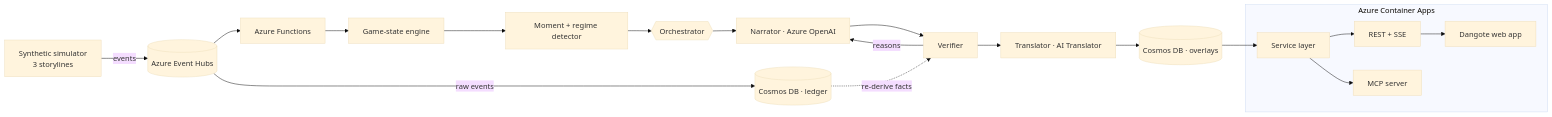
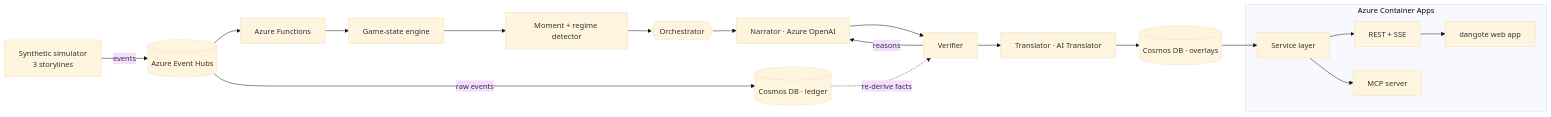
One commit to gregory-bot/momentum_ledger changed the diagram in README.md. Above: the diagram before and after it, drawn with Mermaid (base theme). The commit also changed other lines of this file and 13 other files, not shown here.

````diff
--- a/README.md
+++ b/README.md
@@ -112,18 +112,18 @@
 ```mermaid
 flowchart LR
   SIM[Synthetic simulator<br/>3 storylines] -->|events| EH[(Azure Event Hubs)]
   EH --> FN[Azure Functions]
   FN --> ENG[Game-state engine] --> DET[Moment + regime detector] --> ORCH{{Orchestrator}}
   ORCH --> NAR[Narrator · Azure OpenAI] --> VER[Verifier]
   VER -- reasons --> NAR
   VER --> TR[Translator · AI Translator]
   EH -->|raw events| CL[(Cosmos DB · ledger)]
   CL -. re-derive facts .-> VER
   TR --> OV[(Cosmos DB · overlays)]
   subgraph CA["Azure Container Apps"]
     SVC[Service layer] --> API[REST + SSE]
     SVC --> MCP[MCP server]
-    API --> WEB[Dangote web app]
+    API --> WEB[dangote web app]
   end
   OV --> SVC
 ```
````
